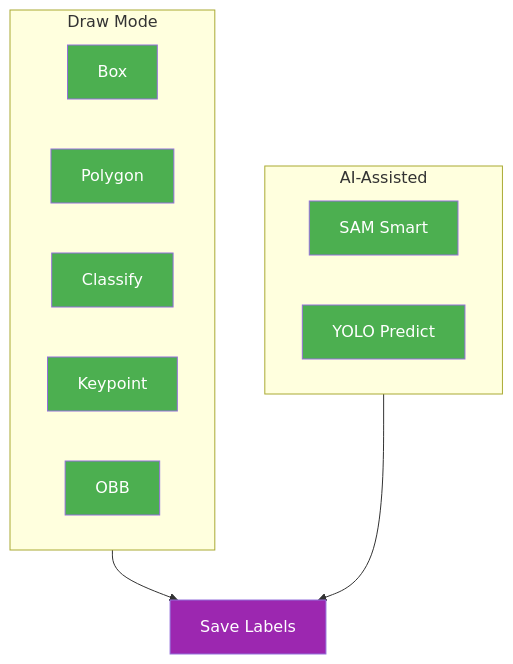
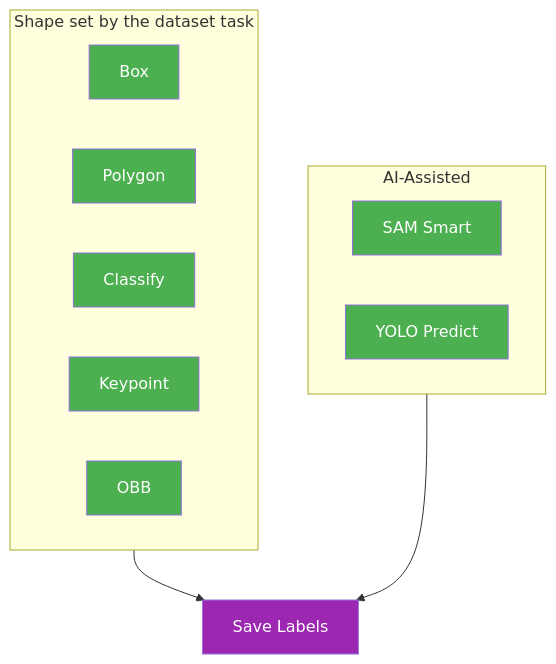
The first of 3 diagrams in docs/en/platform/data/annotation.md (Rehman-AD/cv-yolov8-core), drawn with Mermaid before and after one commit. The commit also changed 6 other files, not shown here.

Commit message:
Align Platform workflow diagrams with the product (#25840)

````diff
--- a/docs/en/platform/data/annotation.md
+++ b/docs/en/platform/data/annotation.md
@@ -14,15 +14,15 @@
 ```mermaid
 graph TB
-    subgraph Draw["Draw Mode"]
+    subgraph Draw["Shape set by the dataset task"]
         A[Box]:::start & B[Polygon]:::start & C[Classify]:::start & D[Keypoint]:::start & E[OBB]:::start
     end
     subgraph AI["AI-Assisted"]
         F[SAM Smart]:::start
         G[YOLO Predict]:::start
     end
     Draw --> H[Save Labels]:::out
     AI --> H
 
     classDef start fill:#4CAF50,color:#fff
     classDef out fill:#9C27B0,color:#fff
 ```
````
